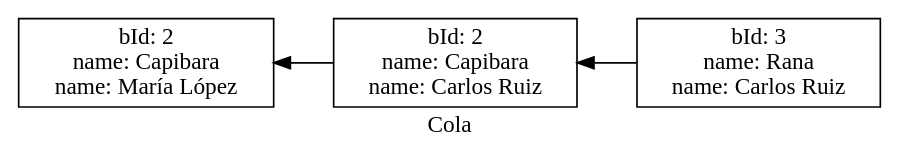
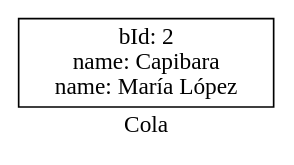
Before and after one commit to marcosbondel/IPC2_ProyectoVD2024_202202410: the diagram in Proyecto1/dot_reports/queue.dot, drawn with Graphviz. The commit also changed 17 other files, not shown here.

```diff
--- a/Proyecto1/dot_reports/queue.dot
+++ b/Proyecto1/dot_reports/queue.dot
@@ -1,10 +1,6 @@
 digraph G {
             rankdir="RL";
             label="Cola";
             node[shape=box];
-        nodo0[label="bId: 3\nname: Rana\nname: Carlos Ruiz\n"];
-nodo1[label="bId: 2\nname: Capibara\nname: Carlos Ruiz\n"];
-nodo2[label="bId: 2\nname: Capibara\nname: María López\n"];
-nodo0 -> nodo1;
-nodo1 -> nodo2;
+        nodo0[label="bId: 2\nname: Capibara\nname: María López\n"];
 }
```
